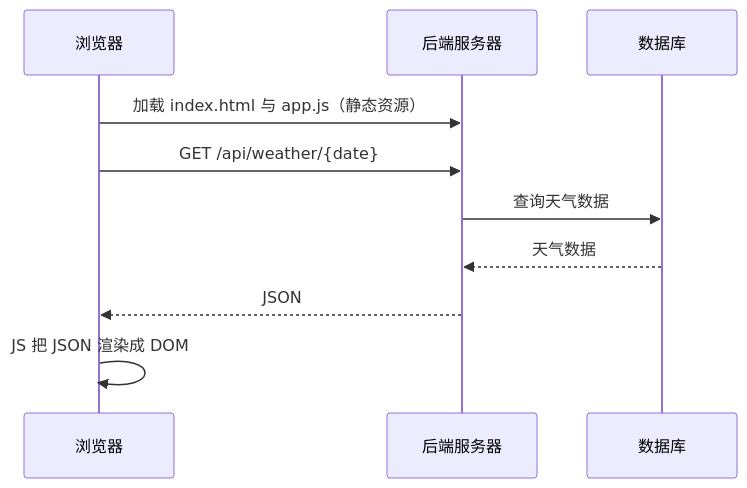
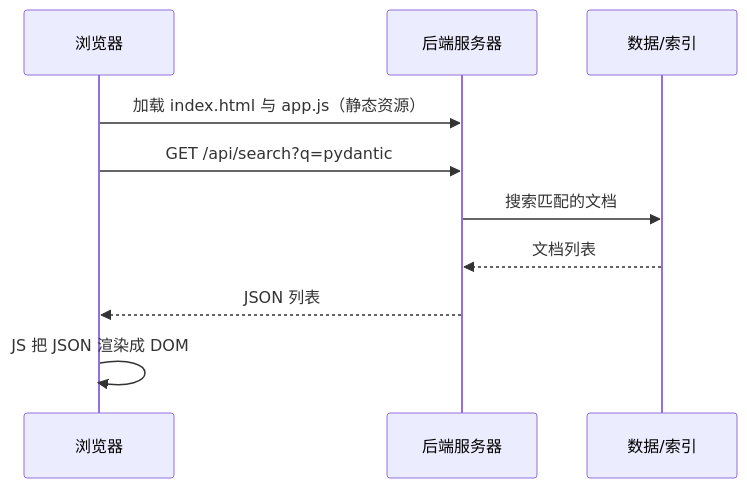
One commit to a76854/eng-practice-book changed the second of 2 diagrams in book/frontend_collaboration/frontend_overview/frontend_role_in_architecture.md. Above: the diagram before and after it, drawn with Mermaid. The commit also changed other lines of this file and 40 other files, not shown here.

````diff
--- a/book/frontend_collaboration/frontend_overview/frontend_role_in_architecture.md
+++ b/book/frontend_collaboration/frontend_overview/frontend_role_in_architecture.md
@@ -48,12 +48,12 @@
 ```mermaid
 sequenceDiagram
     participant B as 浏览器
     participant S as 后端服务器
-    participant D as 数据库
+    participant D as 数据/索引
     B->>S: 加载 index.html 与 app.js（静态资源）
-    B->>S: GET /api/weather/{date}
-    S->>D: 查询天气数据
-    D-->>S: 天气数据
-    S-->>B: JSON
+    B->>S: GET /api/search?q=pydantic
+    S->>D: 搜索匹配的文档
+    D-->>S: 文档列表
+    S-->>B: JSON 列表
     B->>B: JS 把 JSON 渲染成 DOM
 ```
````
